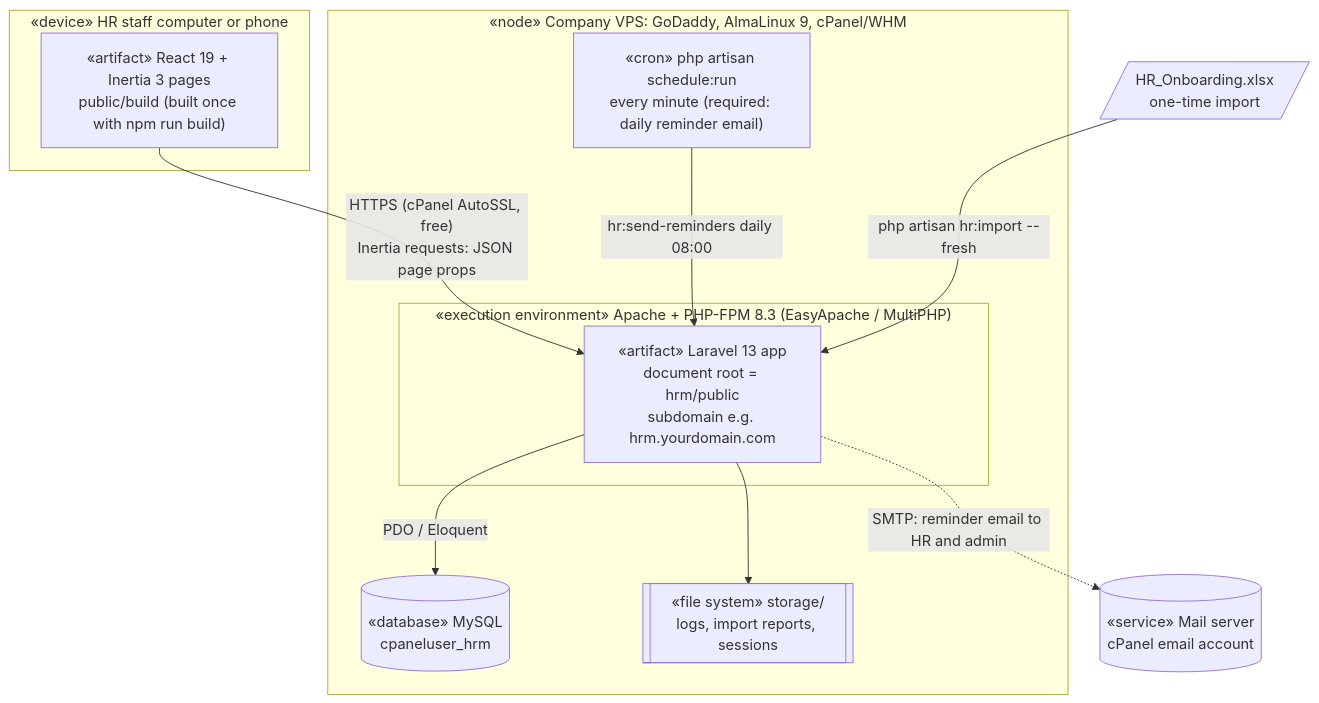
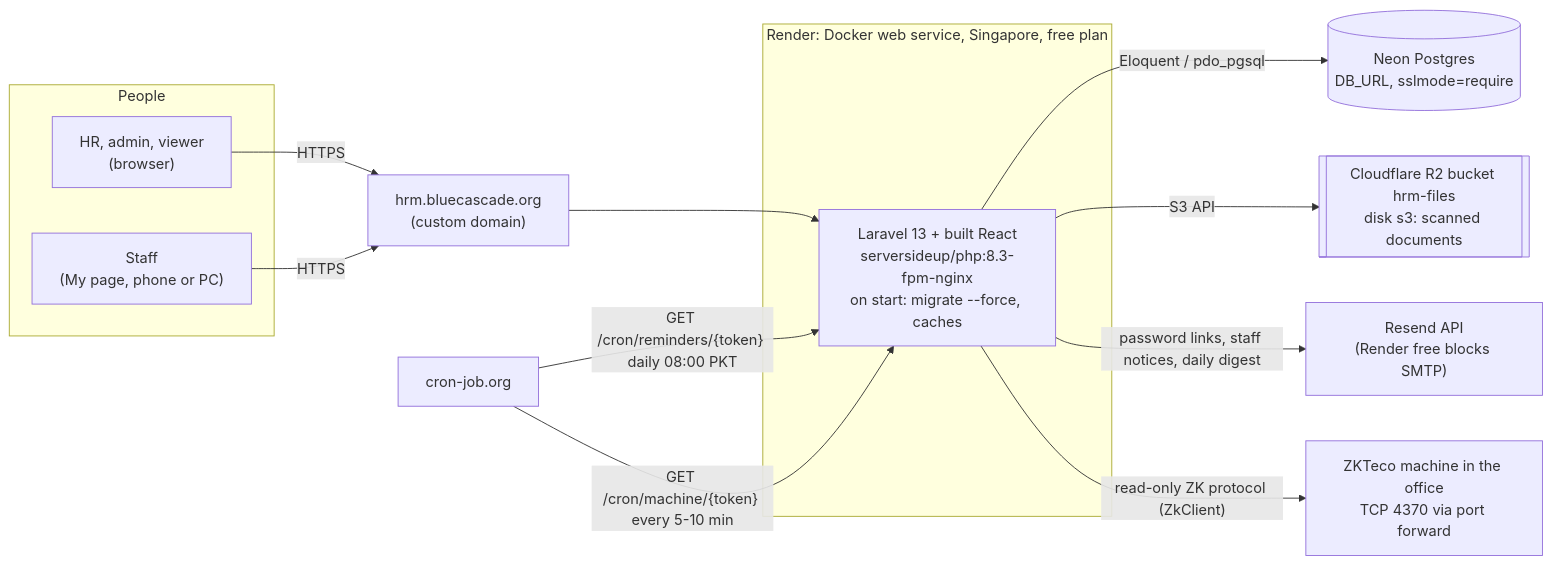
One commit to SpaceMonkeyy01/hrm-system changed the first of 16 diagrams in docs/ARCHITECTURE.md. Above: the diagram before and after it, drawn with Mermaid. The commit also changed other lines of this file and 12 other files, not shown here.

First line of the commit message:
Architecture doc rewritten; viewers no longer get CNIC in the CSV

````diff
--- a/docs/ARCHITECTURE.md
+++ b/docs/ARCHITECTURE.md
@@ -9,24 +36,24 @@
 ```mermaid
-flowchart TB
-    subgraph CLIENT["«device» HR staff computer or phone"]
-        BROWSER["«artifact» React 19 + Inertia 3 pages<br/>public/build (built once with npm run build)"]
+flowchart LR
+    subgraph USERS["People"]
+        HR["HR, admin, viewer<br/>(browser)"]
+        STAFF["Staff<br/>(My page, phone or PC)"]
     end
+    subgraph RENDER["Render: Docker web service, Singapore, free plan"]
+        APP["Laravel 13 + built React<br/>serversideup/php:8.3-fpm-nginx<br/>on start: migrate --force, caches"]
+    end
+    NEON[("Neon Postgres<br/>DB_URL, sslmode=require")]
+    R2[["Cloudflare R2 bucket hrm-files<br/>disk s3: scanned documents"]]
+    RESEND["Resend API<br/>(Render free blocks SMTP)"]
+    CRON["cron-job.org"]
+    ZK["ZKTeco machine in the office<br/>TCP 4370 via port forward"]
+    DNS["hrm.bluecascade.org<br/>(custom domain)"]
 
-    subgraph VPS["«node» Company VPS: GoDaddy, AlmaLinux 9, cPanel/WHM"]
-        subgraph WEB["«execution environment» Apache + PHP-FPM 8.3 (EasyApache / MultiPHP)"]
-            APP["«artifact» Laravel 13 app<br/>document root = hrm/public<br/>subdomain e.g. hrm.yourdomain.com"]
-        end
-        DB[("«database» MySQL<br/>cpaneluser_hrm")]
-        FILES[["«file system» storage/<br/>logs, import reports, sessions"]]
-        CRON["«cron» php artisan schedule:run<br/>every minute (required: daily reminder email)"]
-    end
-
-    XLSX[/"HR_Onboarding.xlsx<br/>one-time import"/]
-
-    BROWSER -- "HTTPS (cPanel AutoSSL, free)<br/>Inertia requests: JSON page props" --> APP
-    APP -- "PDO / Eloquent" --> DB
-    APP --> FILES
-    CRON -- "hr:send-reminders daily 08:00" --> APP
-    APP -. "SMTP: reminder email to HR and admin" .-> MAIL[("«service» Mail server<br/>cPanel email account")]
-    XLSX -- "php artisan hr:import --fresh" --> APP
+    HR & STAFF -- HTTPS --> DNS --> APP
+    APP -- Eloquent / pdo_pgsql --> NEON
+    APP -- S3 API --> R2
+    APP -- password links, staff notices, daily digest --> RESEND
+    CRON -- "GET /cron/reminders/{token} daily 08:00 PKT" --> APP
+    CRON -- "GET /cron/machine/{token} every 5-10 min" --> APP
+    APP -- "read-only ZK protocol (ZkClient)" --> ZK
 ```
````
